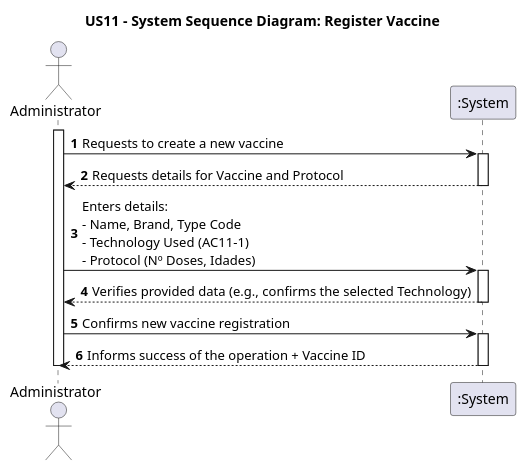
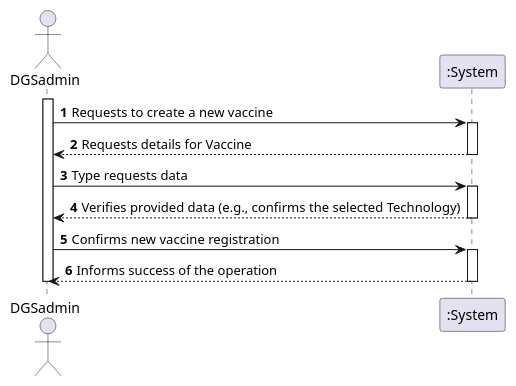
The diagram in docs/system-documentation/US11/puml/US11-SSD.puml (goncalomaia18/leti-esoft-25-26-C3), drawn with PlantUML before and after one commit. The commit also changed 5 other files, not shown here.

```diff
--- a/docs/system-documentation/US11/puml/US11-SSD.puml
+++ b/docs/system-documentation/US11/puml/US11-SSD.puml
@@ -1,27 +1,27 @@
 @startuml
 'https://plantuml.com/sequence-diagram
 
-title US11 - System Sequence Diagram: Register Vaccine
+
 
 autoactivate on
 autonumber
 
-actor "Administrator" as Admin
+actor "DGSadmin" as Admin
 participant ":System" as System
 
 activate Admin
 
 Admin -> System: Requests to create a new vaccine
-System --> Admin: Requests details for Vaccine and Protocol
+System --> Admin: Requests details for Vaccine
 
-Admin -> System: Enters details:\n- Name, Brand, Type Code\n- Technology Used (AC11-1)\n- Protocol (Nº Doses, Idades)
+Admin -> System: Type requests data
 
 
 
 Admin <-- System: Verifies provided data (e.g., confirms the selected Technology)
 
 Admin -> System: Confirms new vaccine registration
-System --> Admin: Informs success of the operation + Vaccine ID
+System --> Admin: Informs success of the operation
 
 deactivate Admin
 @enduml
```
